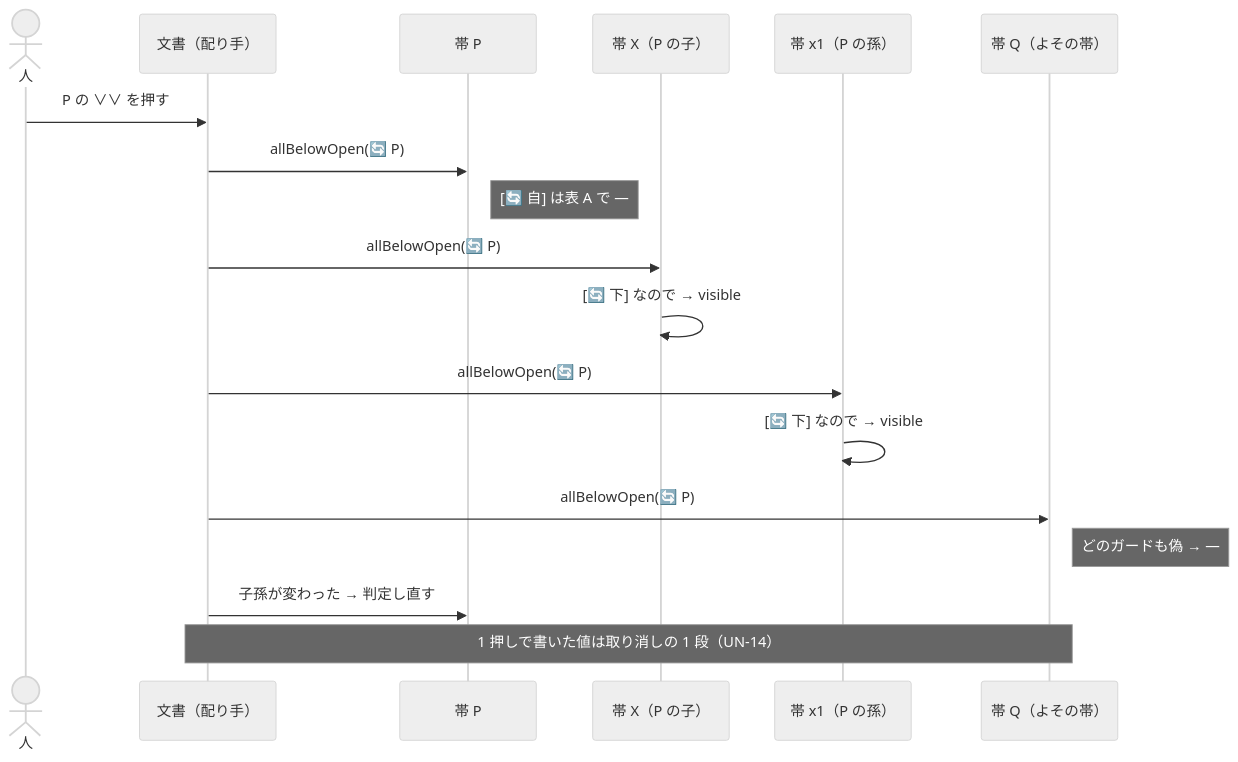
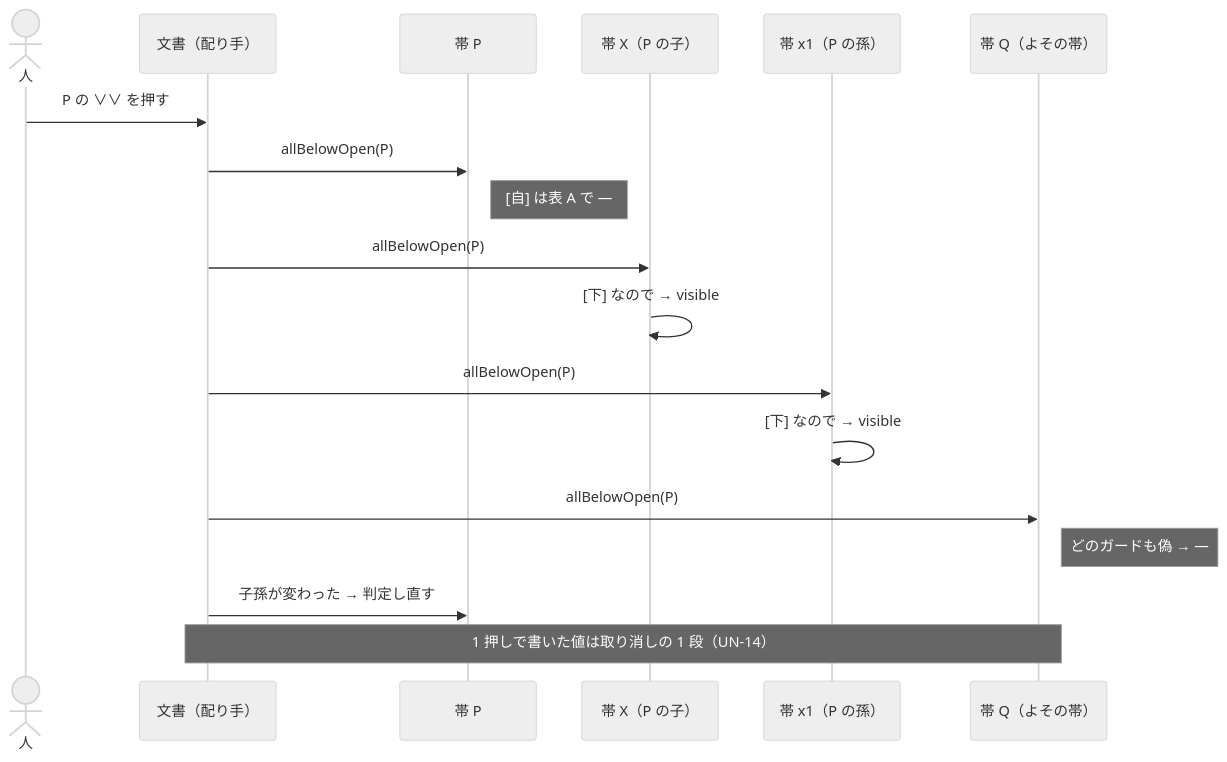
One commit to GoodRelax/gr-scheduler changed the second of 3 diagrams in studies/76-grs-json-beta-shape/terms/goodrelax-qa-b3t-task-group-tree.md. Above: the diagram before and after it, drawn with Mermaid (neutral theme). The commit also changed other lines of this file and 3 other files, not shown here.

````diff
--- a/studies/76-grs-json-beta-shape/terms/goodrelax-qa-b3t-task-group-tree.md
+++ b/studies/76-grs-json-beta-shape/terms/goodrelax-qa-b3t-task-group-tree.md
@@ -168,20 +288,20 @@
 ```mermaid
 sequenceDiagram
     actor 人
     participant D as 文書（配り手）
     participant P as 帯 P
     participant X as 帯 X（P の子）
     participant x1 as 帯 x1（P の孫）
     participant Q as 帯 Q（よその帯）
     人->>D: P の ∨∨ を押す
-    D->>P: allBelowOpen(🔄 P)
-    Note right of P: [🔄 自] は表 A で — 
-    D->>X: allBelowOpen(🔄 P)
-    X->>X: [🔄 下] なので → visible
-    D->>x1: allBelowOpen(🔄 P)
-    x1->>x1: [🔄 下] なので → visible
-    D->>Q: allBelowOpen(🔄 P)
+    D->>P: allBelowOpen(P)
+    Note right of P: [自] は表 A で — 
+    D->>X: allBelowOpen(P)
+    X->>X: [下] なので → visible
+    D->>x1: allBelowOpen(P)
+    x1->>x1: [下] なので → visible
+    D->>Q: allBelowOpen(P)
     Note right of Q: どのガードも偽 → —
     D->>P: 子孫が変わった → 判定し直す
     Note over D,Q: 1 押しで書いた値は取り消しの 1 段（UN-14）
 ```
````
